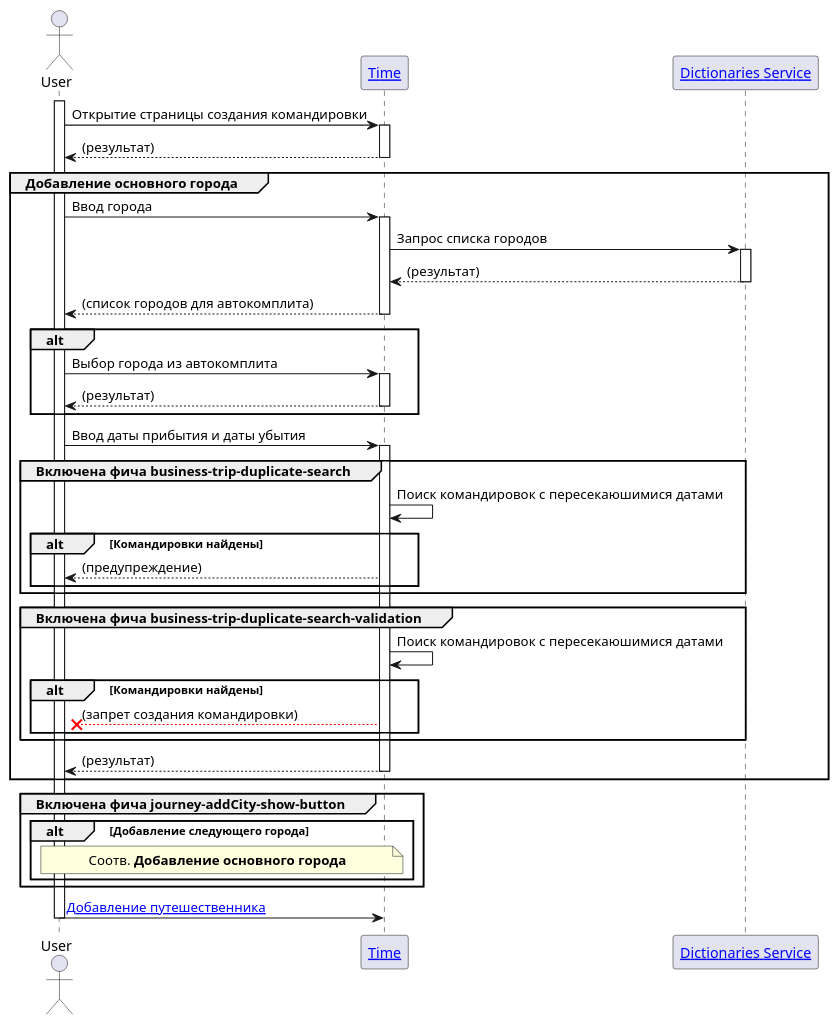
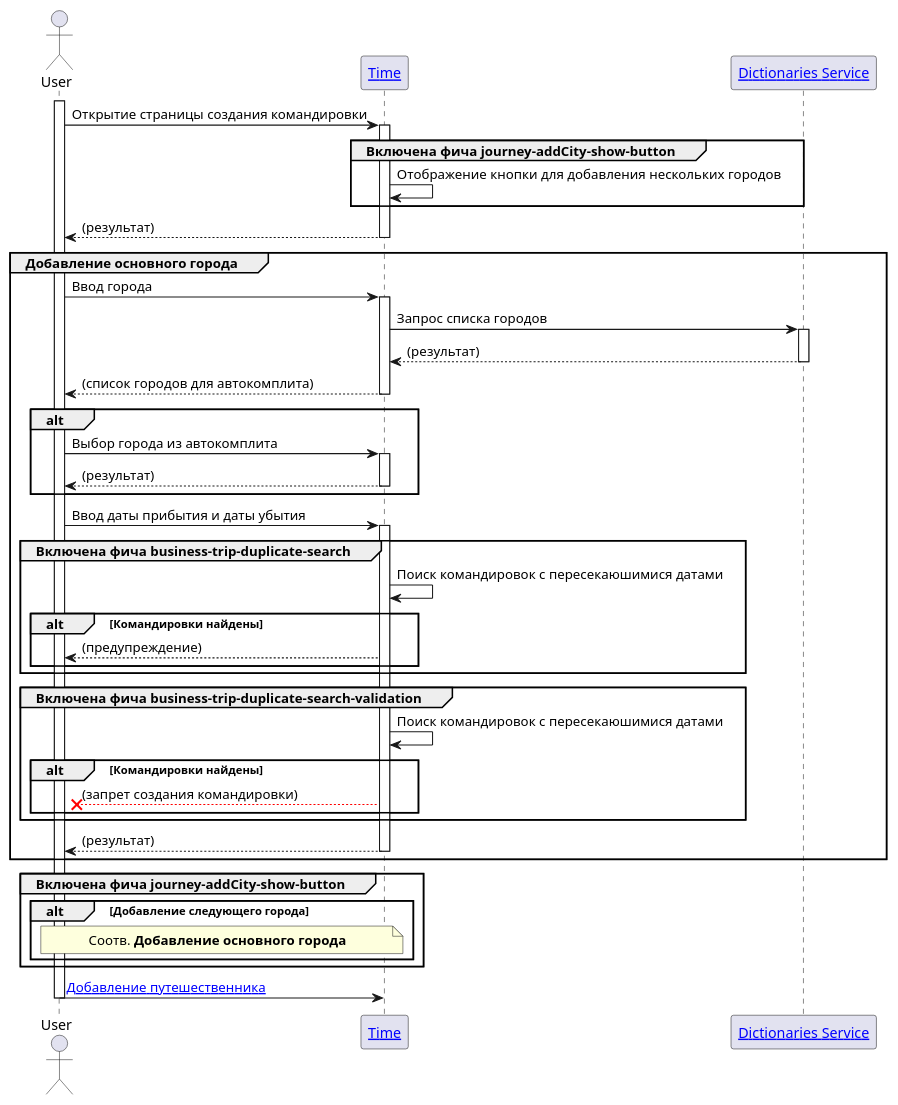
One commit to aleksandr-bit1/test changed the diagram in workspace/arch/puml/time/businesstrip/creation/route.puml. Above: the diagram before and after it, drawn with PlantUML. The commit also changed 10 other files, not shown here.

```diff
--- a/workspace/arch/puml/time/businesstrip/creation/route.puml
+++ b/workspace/arch/puml/time/businesstrip/creation/route.puml
@@ -1,49 +1,52 @@
 @startuml
 'https://plantuml.com/sequence-diagram
 
 actor User
 participant "[[/architect/components/applications.time Time]]" as Time
 participant "[[/architect/components/services.dictionaries Dictionaries Service]]" as Dictionaries
 
 activate User
 
 User -> Time ++ : Открытие страницы создания командировки
+group Включена фича journey-addCity-show-button
+Time -> Time : Отображение кнопки для добавления нескольких городов
+end
 return (результат)
 
 group Добавление основного города
     User -> Time ++ : Ввод города
     Time -> Dictionaries ++ : Запрос списка городов
     return (результат)
     return (список городов для автокомплита)
     alt
         User -> Time ++ : Выбор города из автокомплита
         return (результат)
     end
     User -> Time ++ : Ввод даты прибытия и даты убытия
     group Включена фича business-trip-duplicate-search
         Time -> Time : Поиск командировок с пересекаюшимися датами
         alt Командировки найдены
             Time --> User : (предупреждение)
         end
     end
     group Включена фича business-trip-duplicate-search-validation
         Time -> Time : Поиск командировок с пересекаюшимися датами
         alt Командировки найдены
             Time -[#red]->x User : (запрет создания командировки)
         end
     end
     return (результат)
 end
 group Включена фича journey-addCity-show-button
     alt Добавление следующего города
         note over User, Time
         Соотв. **Добавление основного города**
         end note
     end
 end
 
-User -> Time : [[/architect/contexts/applications.time.businesstrip.creation.adding_traveller Добавление путешественника]]
+User -> Time : [[/architect/contexts/applications.time.businesstrip.creation.traveller Добавление путешественника]]
 
 deactivate User
 
 @enduml
```
